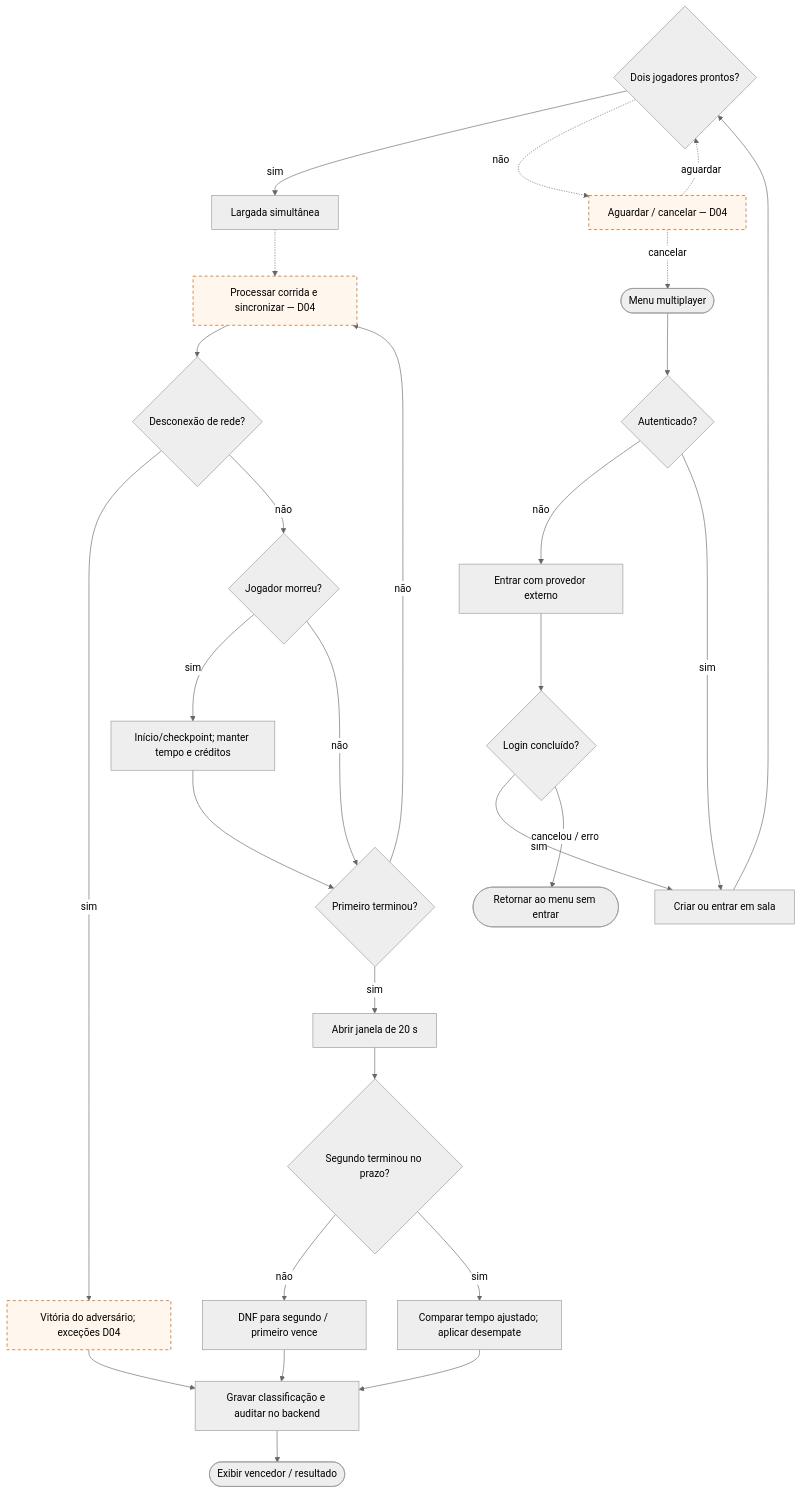
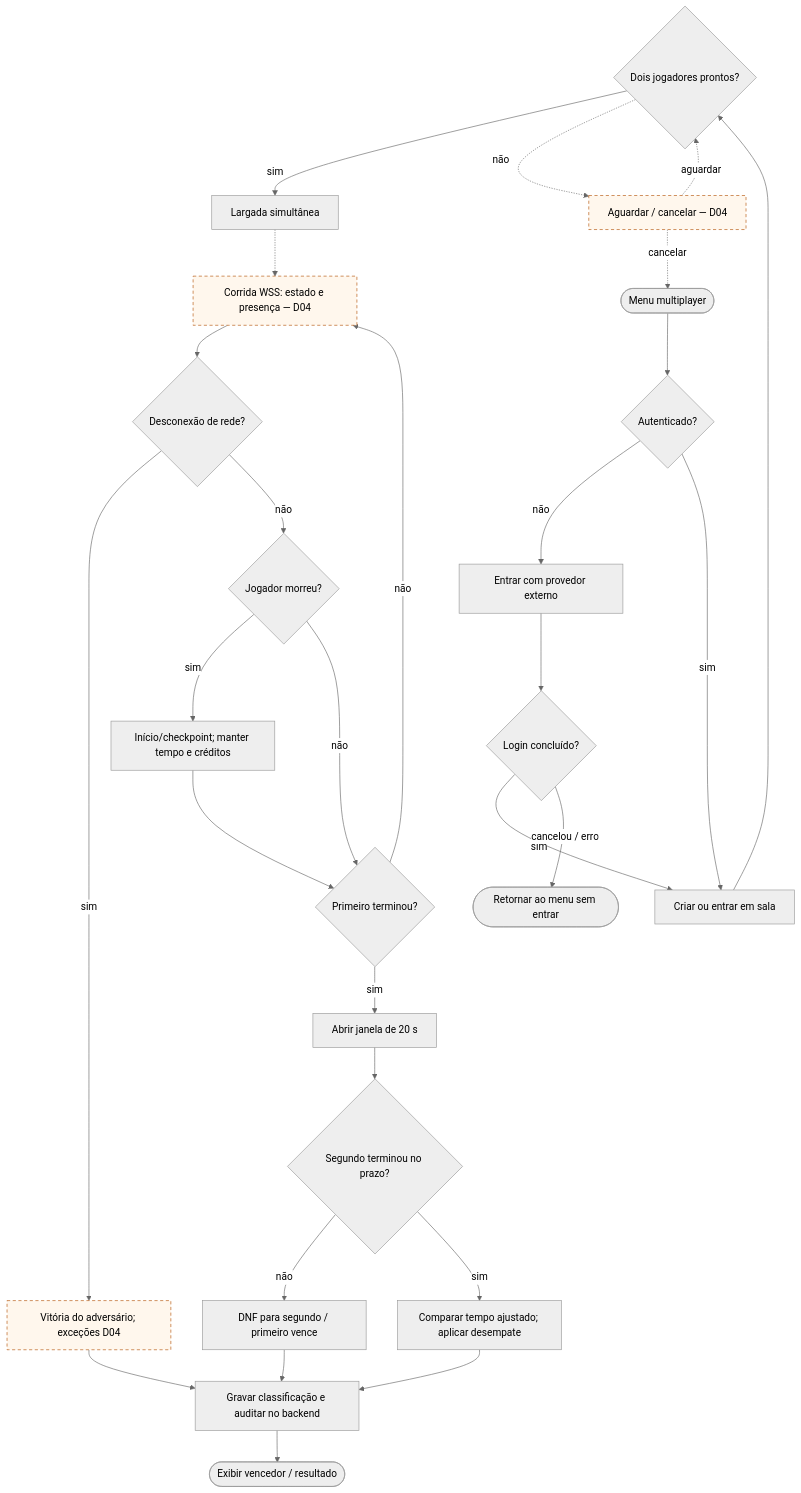
One commit to ViViJp/jogo-projeto-topicos-especiais changed the sixth of 10 diagrams in isn/docs/sprint1/06-fluxogramas.md. Above: the diagram before and after it, drawn with Mermaid (neutral theme). The commit also changed other lines of this file and 34 other files, not shown here.

````diff
--- a/isn/docs/sprint1/06-fluxogramas.md
+++ b/isn/docs/sprint1/06-fluxogramas.md
@@ -249,53 +202,53 @@
 ```mermaid
 flowchart TD
   start{"Dois jogadores prontos?"}
-  race["Processar corrida e sincronizar — D04"]
+  race["Corrida WSS: estado e presença — D04"]
   drop{"Desconexão de rede?"}
   win["Vitória do adversário; exceções D04"]
   dead{"Jogador morreu?"}
   respawn["Início/checkpoint; manter tempo e créditos"]
   first{"Primeiro terminou?"}
   window["Abrir janela de 20 s"]
   second{"Segundo terminou no prazo?"}
   dnf["DNF para segundo / primeiro vence"]
   score["Comparar tempo ajustado; aplicar desempate"]
   result["Gravar classificação e auditar no backend"]
   launch["Largada simultânea"]
   menu(["Menu multiplayer"])
   auth{"Autenticado?"}
   login["Entrar com provedor externo"]
   valid{"Login concluído?"}
   room["Criar ou entrar em sala"]
   wait["Aguardar / cancelar — D04"]
   cancel(["Retornar ao menu sem entrar"])
   show(["Exibir vencedor / resultado"])
   start -->|"sim"| launch
   race --> drop
   drop -->|"sim"| win
   win --> result
   drop -->|"não"| dead
   dead -->|"sim"| respawn
   respawn --> first
   dead -->|"não"| first
   first -->|"não"| race
   first -->|"sim"| window
   window --> second
   second -->|"não"| dnf
   second -->|"sim"| score
   dnf --> result
   score --> result
   launch -.-> race
   menu --> auth
   auth -->|"não"| login
   auth -->|"sim"| room
   login --> valid
   valid -->|"sim"| room
   valid -->|"cancelou / erro"| cancel
   room --> start
   start -.->|"não"| wait
   wait -.->|"aguardar"| start
   wait -.->|"cancelar"| menu
   result --> show
   classDef pending fill:#fff7ed,stroke:#b45309,stroke-dasharray:5 4
   class race,win,wait pending
 ```
````
